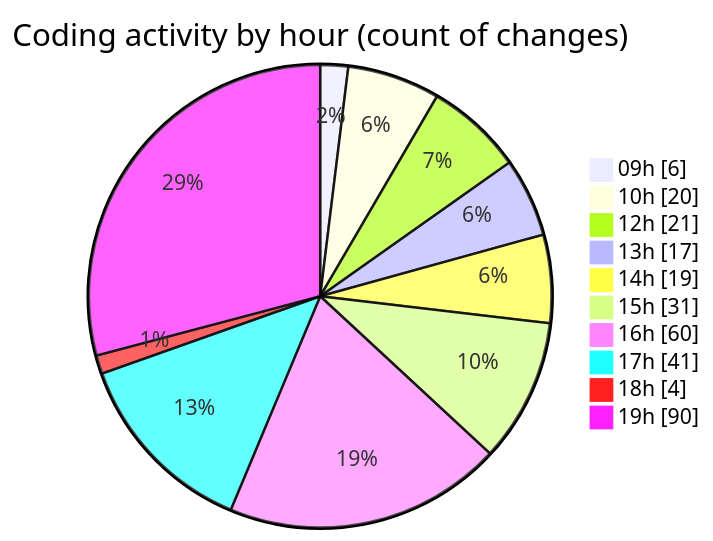
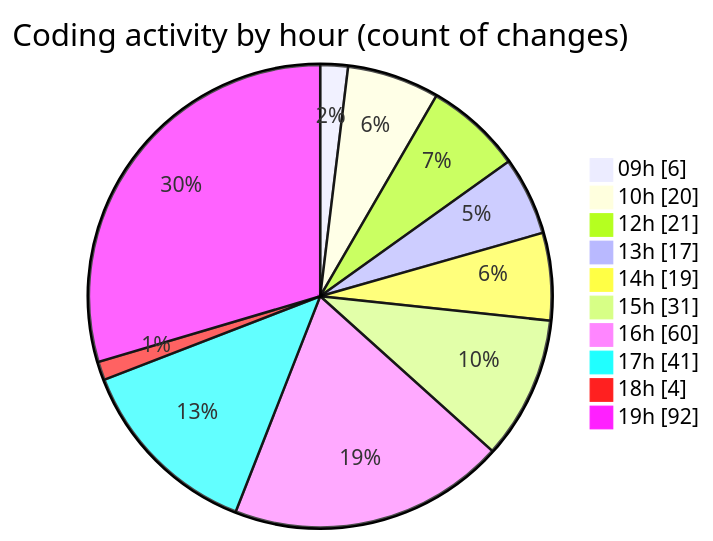
Before and after one commit to becaeroporto-bot/code-tracking: the second of 2 diagrams in 2026-02-18/bot_v1_2/README.md, drawn with Mermaid. The commit also changed other lines of this file and 1 other file, not shown here.

````diff
--- a/2026-02-18/bot_v1_2/README.md
+++ b/2026-02-18/bot_v1_2/README.md
@@ -59,14 +59,14 @@
 ```mermaid
 pie showData
 title Coding activity by hour (count of changes)
 "09h" : 6
 "10h" : 20
 "12h" : 21
 "13h" : 17
 "14h" : 19
 "15h" : 31
 "16h" : 60
 "17h" : 41
 "18h" : 4
-"19h" : 90
+"19h" : 92
 ```
````
